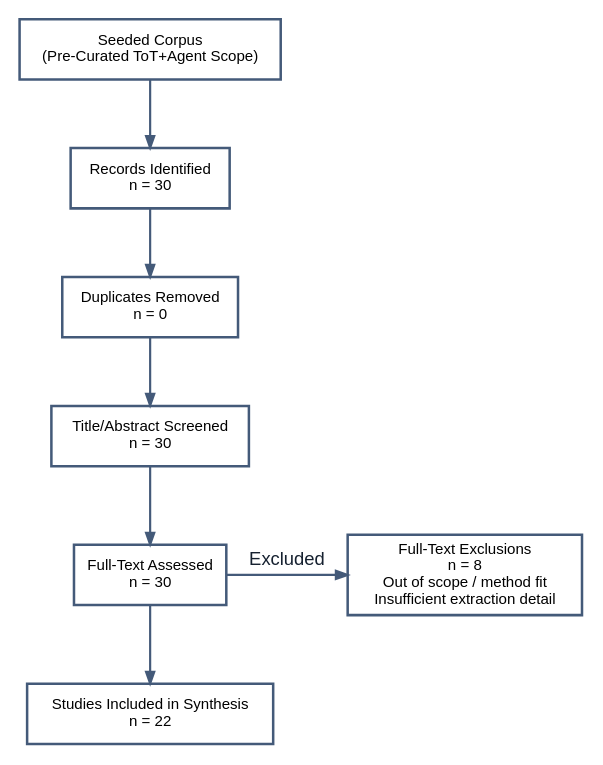
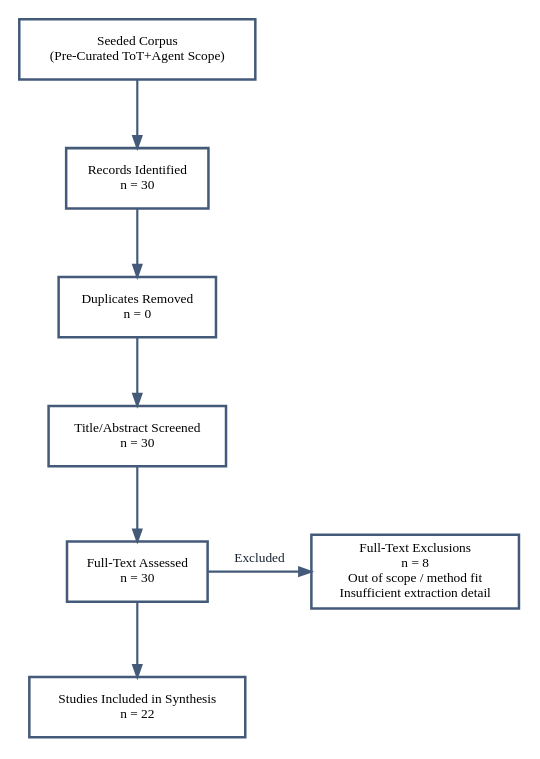
The diagram in assets/diagram_survey_method.dot (quiznat/tot-hf-survey-artifacts), drawn with Graphviz before and after one commit. The commit also changed 16 other files, not shown here.

Commit message:
Align diagram typography to manuscript style

```diff
--- a/assets/diagram_survey_method.dot
+++ b/assets/diagram_survey_method.dot
@@ -1,18 +1,18 @@
 digraph G {
-  graph [bgcolor="#ffffff", pad="0.06", nodesep="0.34", ranksep="0.50", splines="polyline", fontname="Helvetica", fontcolor="#162130", margin="0.02", rankdir="TB", ranksep="0.56"];
-  node [shape="box", style="filled", fillcolor="#ffffff", color="#445a79", penwidth="1.5", fontname="Helvetica", fontsize="9", margin="0.08,0.06"];
-  edge [color="#445a79", penwidth="1.3", arrowsize="0.70", fontname="Helvetica", fontsize="11", fontcolor="#162130"];
+  graph [bgcolor="#ffffff", pad="0.06", nodesep="0.34", ranksep="0.50", splines="polyline", fontname="Times-Roman", fontcolor="#162130", margin="0.02", rankdir="TB", ranksep="0.56"];
+  node [shape="box", style="filled", fillcolor="#ffffff", color="#445a79", penwidth="1.5", fontname="Times-Roman", fontsize="8", margin="0.08,0.06"];
+  edge [color="#445a79", penwidth="1.3", arrowsize="0.70", fontname="Times-Roman", fontsize="8", fontcolor="#162130"];
 
   seed [label="Seeded Corpus\n(Pre-Curated ToT+Agent Scope)"];
   records [label="Records Identified\nn = 30"];
   dupes [label="Duplicates Removed\nn = 0"];
   screened [label="Title/Abstract Screened\nn = 30"];
   fulltext [label="Full-Text Assessed\nn = 30"];
   included [label="Studies Included in Synthesis\nn = 22"];
   excluded [label="Full-Text Exclusions\nn = 8\nOut of scope / method fit\nInsufficient extraction detail"];
 
   seed -> records -> dupes -> screened -> fulltext -> included;
   fulltext -> excluded [label="Excluded", constraint=false];
 
   { rank=same; fulltext; excluded }
 }
```
